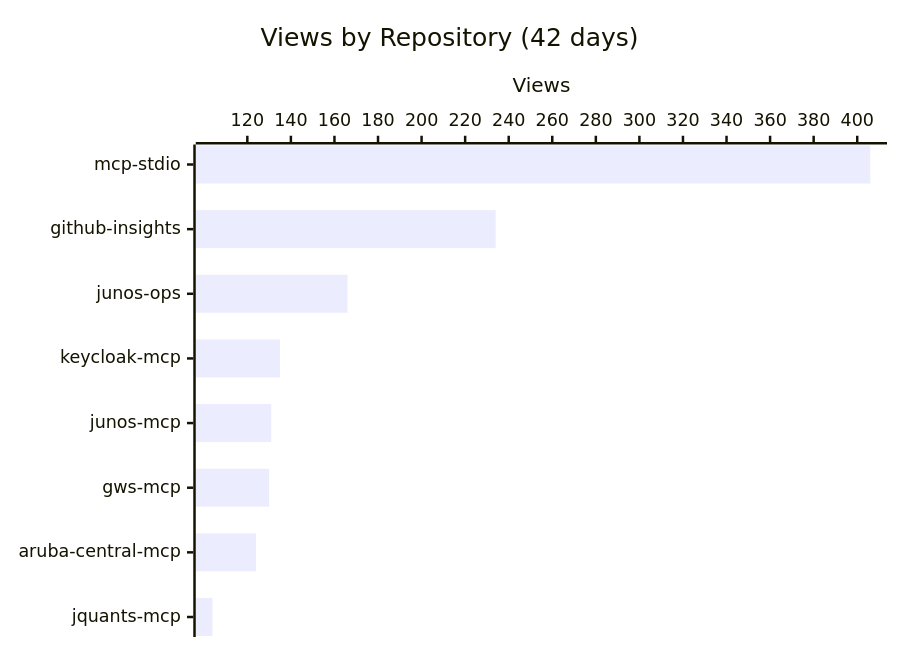
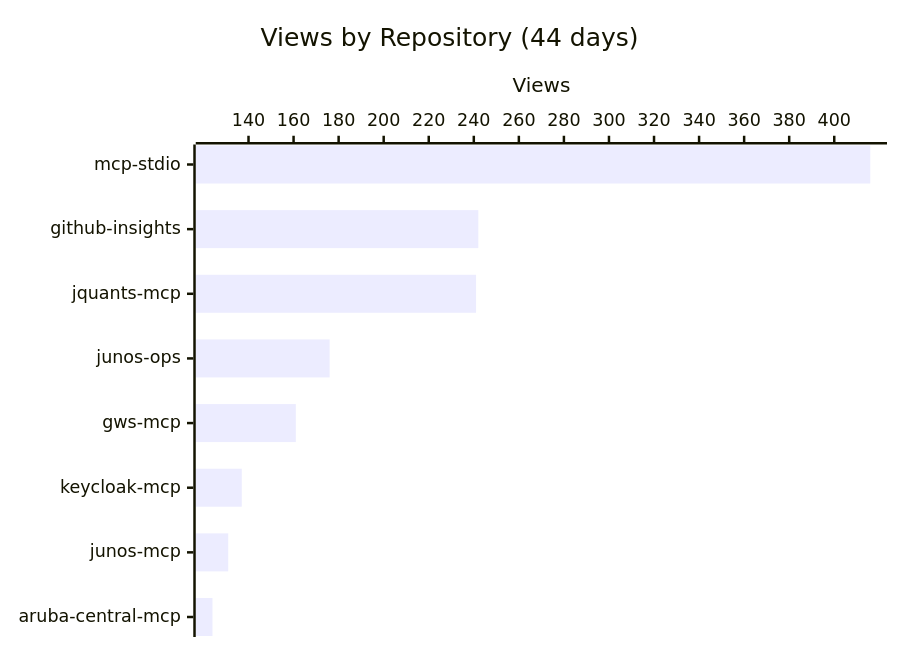
Before and after one commit to shigechika/github-insights: the first of 3 diagrams in README.md, drawn with Mermaid. The commit also changed other lines of this file and 2 other files, not shown here.

````diff
--- a/README.md
+++ b/README.md
@@ -16,7 +16,7 @@
 ```mermaid
 xychart-beta horizontal
-    title "Views by Repository (42 days)"
-    x-axis ["mcp-stdio", "github-insights", "junos-ops", "keycloak-mcp", "junos-mcp", "gws-mcp", "aruba-central-mcp", "jquants-mcp"]
+    title "Views by Repository (44 days)"
+    x-axis ["mcp-stdio", "github-insights", "jquants-mcp", "junos-ops", "gws-mcp", "keycloak-mcp", "junos-mcp", "aruba-central-mcp"]
     y-axis "Views"
-    bar [406, 234, 166, 135, 131, 130, 124, 104]
+    bar [416, 242, 241, 176, 161, 137, 131, 124]
 ```
````
